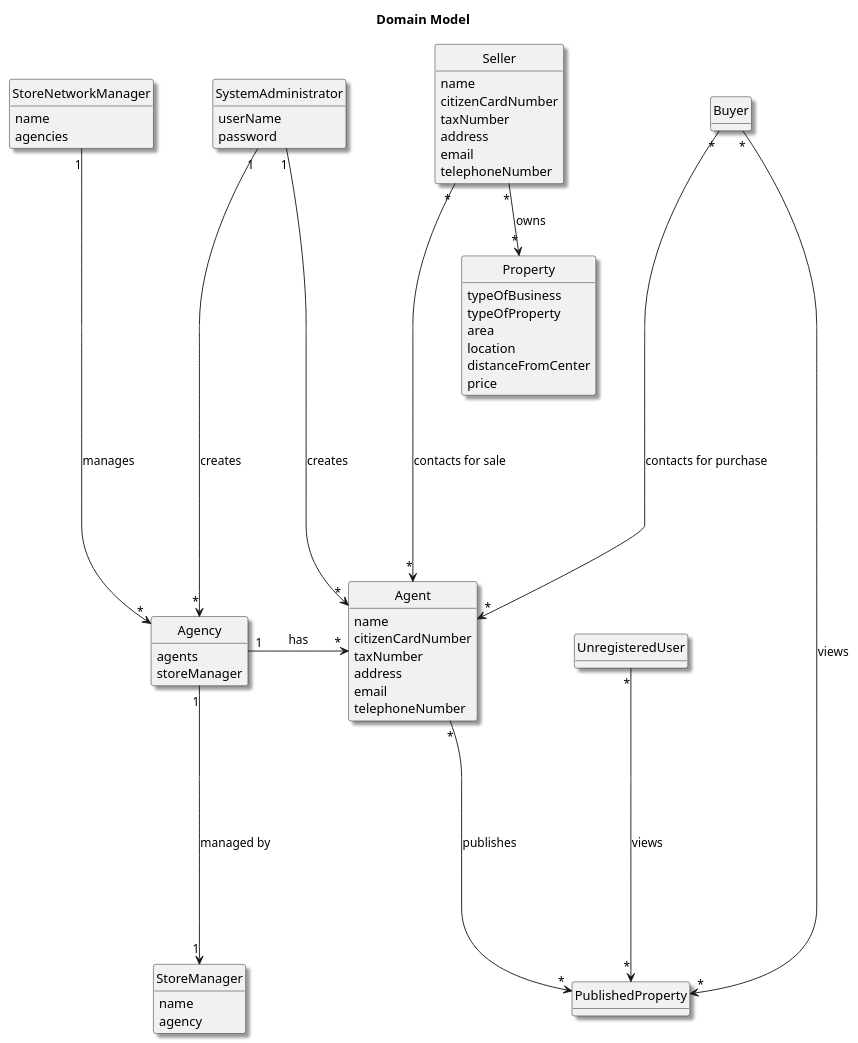
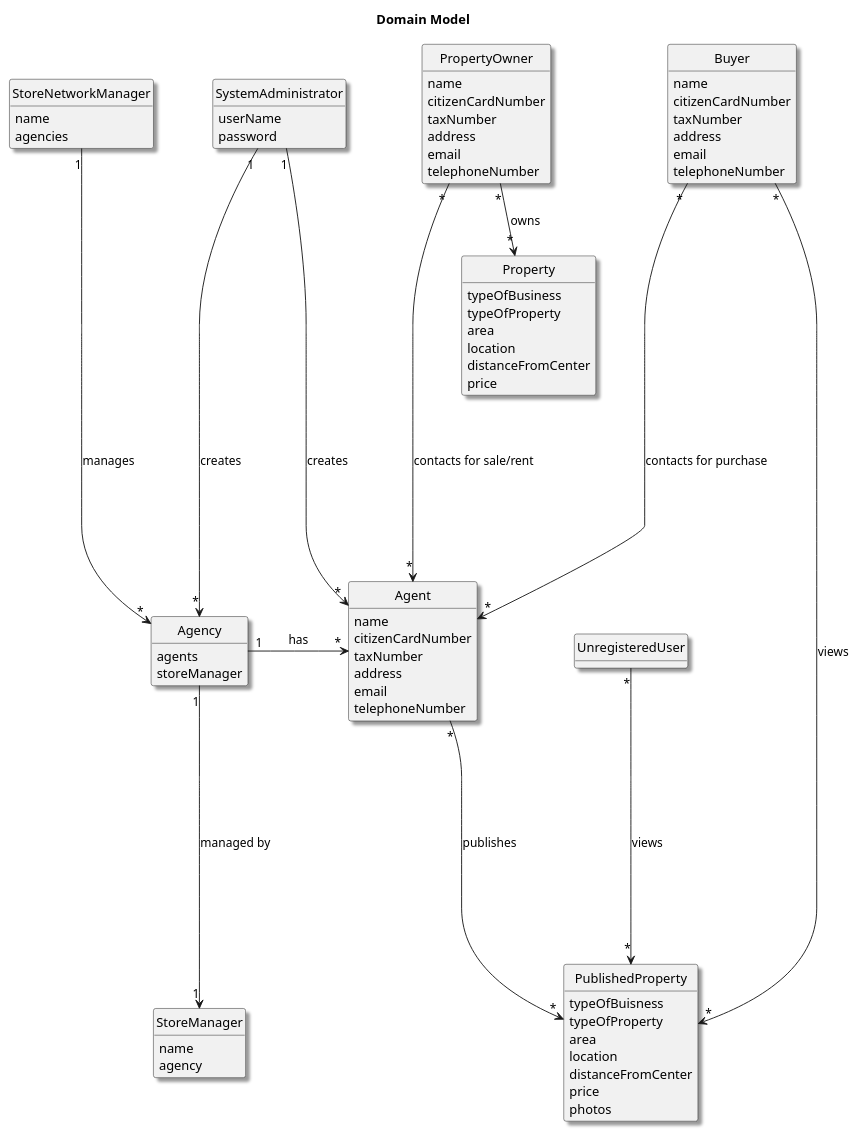
The diagram in docs/sprintA/global-artifacts/02.analysis/puml/project-domain-model-right-alternative.puml (Goncalves2525/real-estate-management-system), drawn with PlantUML before and after one commit.

Commit message:
Domain model - added more attributes

```diff
--- a/docs/sprintA/global-artifacts/02.analysis/puml/project-domain-model-right-alternative.puml
+++ b/docs/sprintA/global-artifacts/02.analysis/puml/project-domain-model-right-alternative.puml
@@ -1,106 +1,119 @@
 @startuml
 skinparam monochrome false
 skinparam packageStyle rectangle
 skinparam shadowing true
 'skinparam linetype ortho
 skinparam classAttributeIconSize 0
 'skinparam groupInheritance 2
 'skinparam linetype polyline
 
 'hide attributes
 hide circle
 hide methods
 'left to right direction
 title Domain Model
 
 class StoreNetworkManager{
     name
     agencies
 }
 
 class SystemAdministrator{
    userName
    password
 }
 
 class StoreManager{
     name
     agency
 }
 
 class Property{
     typeOfBusiness
     typeOfProperty
     area
     location
     distanceFromCenter
     price
 }
 
 class Agent{
     name
     citizenCardNumber
     taxNumber
     address
     email
     telephoneNumber
 }
 
 class Agency{
     agents
     storeManager
 }
 
 class Buyer{
+    name
+    citizenCardNumber
+    taxNumber
+    address
+    email
+    telephoneNumber
 }
 
-class Seller{
+class PropertyOwner{
     name
     citizenCardNumber
     taxNumber
     address
     email
     telephoneNumber
 
 }
 
 class UnregisteredUser{
 }
 
 class PublishedProperty{
+    typeOfBuisness
+    typeOfProperty
+    area
+    location
+    distanceFromCenter
+    price
+    photos
 }
 
 SystemAdministrator "1" -----> "*" Agent : creates
 SystemAdministrator "1" -----> "*" Agency : creates
 Buyer "*" -----> "*" Agent : contacts for purchase
 Buyer "*" -----> "*" PublishedProperty : views
-Seller "*" -----> "*" Agent : contacts for sale
+PropertyOwner "*" -----> "*" Agent : contacts for sale/rent
 StoreNetworkManager "1" -----> "*" Agency : manages
 Agency "1" -----> "1" StoreManager  : managed by
 Agent "*" -----> "*" PublishedProperty : publishes
 Agency "1" -> "*" Agent : has
-Seller "*" --> "*" Property : owns
+PropertyOwner "*" --> "*" Property : owns
 UnregisteredUser "*" -----> "*" PublishedProperty : views
 
 'SystemAdministrator "1" -right "*" Employee : registers
 'PropertyOwner "1" --> "*" PropertyOrder : requests advertisement
 'PropertyOwner "1" --> "1" Agent : contacts
 'Agent "1" ----> "*" PropertyOrder : reviews
 'Agent "1" -----> "*" Property : publishes
 'UnregisteredUser "1" ---> "*" Property: can list
 
 'Client <|---- RegisteredUser
 'Client <|--- UnregisteredUser
 'Client <|---- PropertyOwner
 'User <|-- Client
 'User <|-- Employee
 'Employee <|-- Agent
 'Employee <|----- StoreManager
 'Employee <|----- StoreNetworkManager
 'Property <|-- House
 'Property <|-- Apartment
 'Property <|-- Land
 'Employee <|-- SystemAdministrator
 
 
 @enduml
```
